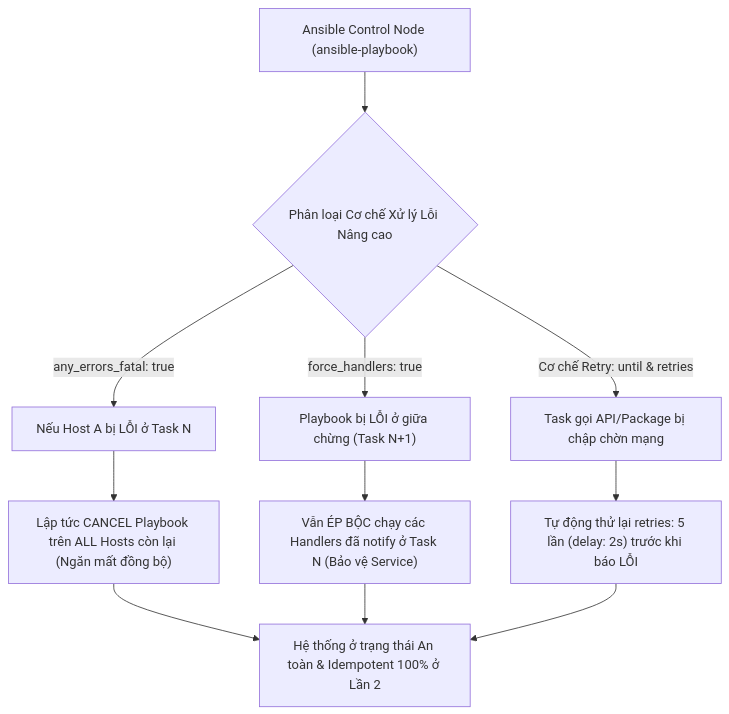
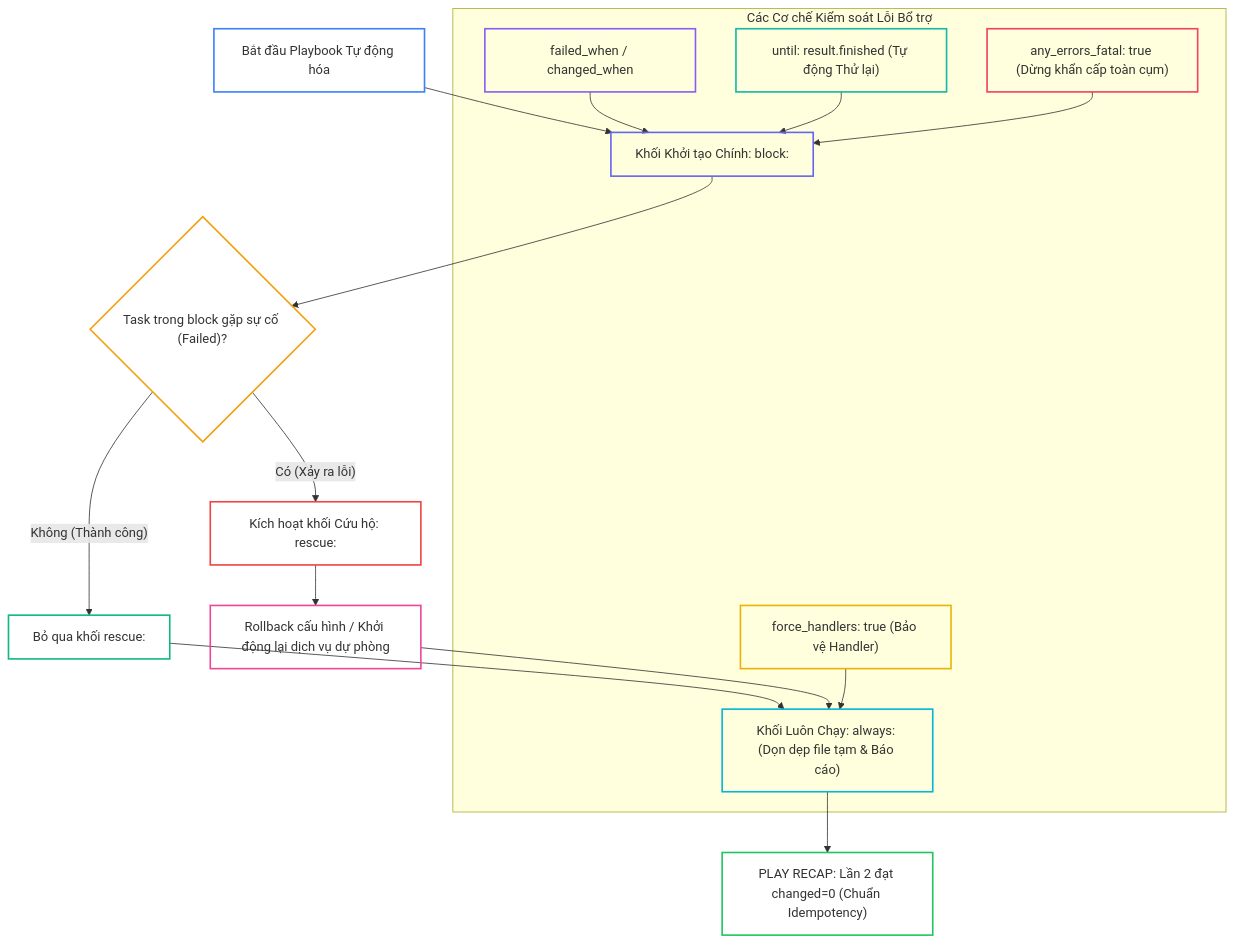
The first of 3 diagrams in _posts/2026-09-13-ansible-23-23-error-handling-nang-cao.md (kiennt308/ntk), drawn with Mermaid before and after one commit. The commit also changed other lines of this file and 30 other files, not shown here.

Commit message:
refactor(ansible): standardize all 31 posts to 7-section structure and clean QA cards

````diff
--- a/_posts/2026-09-13-ansible-23-23-error-handling-nang-cao.md
+++ b/_posts/2026-09-13-ansible-23-23-error-handling-nang-cao.md
@@ -82,17 +35,36 @@
 ```mermaid
 graph TD
-    A["Ansible Control Node (ansible-playbook)"] --> B{"Phân loại Cơ chế Xử lý Lỗi Nâng cao"}
+    A["Bắt đầu Playbook Tự động hóa"] --> B["Khối Khởi tạo Chính: block:"]
     
-    B -- "any_errors_fatal: true" --> C["Nếu Host A bị LỖI ở Task N"]
-    C --> D["Lập tức CANCEL Playbook trên ALL Hosts còn lại (Ngăn mất đồng bộ)"]
+    B --> C{"Task trong block gặp sự cố (Failed)?"}
     
-    B -- "force_handlers: true" --> E["Playbook bị LỖI ở giữa chừng (Task N+1)"]
-    E --> F["Vẫn ÉP BỘC chạy các Handlers đã notify ở Task N (Bảo vệ Service)"]
+    C -->|"Không (Thành công)"| D["Bỏ qua khối rescue:"]
+    C -->|"Có (Xảy ra lỗi)"| E["Kích hoạt khối Cứu hộ: rescue:"]
     
-    B -- "Cơ chế Retry: until & retries" --> G["Task gọi API/Package bị chập chờn mạng"]
-    G --> H["Tự động thử lại retries: 5 lần (delay: 2s) trước khi báo LỖI"]
+    E --> F["Rollback cấu hình / Khởi động lại dịch vụ dự phòng"]
     
-    D --> I["Hệ thống ở trạng thái An toàn & Idempotent 100% ở Lần 2"]
-    F --> I
-    H --> I
+    D --> G["Khối Luôn Chạy: always: (Dọn dẹp file tạm & Báo cáo)"]
+    F --> G
+    
+    subgraph "Các Cơ chế Kiểm soát Lỗi Bổ trợ"
+        H["failed_when / changed_when"] --> B
+        I["until: result.finished (Tự động Thử lại)"] --> B
+        J["any_errors_fatal: true (Dừng khẩn cấp toàn cụm)"] --> B
+        K["force_handlers: true (Bảo vệ Handler)"] --> G
+    end
+    
+    G --> L["PLAY RECAP: Lần 2 đạt changed=0 (Chuẩn Idempotency)"]
+
+    style A fill:none,stroke:#3b82f6,stroke-width:2px
+    style B fill:none,stroke:#6366f1,stroke-width:2px
+    style C fill:none,stroke:#f59e0b,stroke-width:2px
+    style D fill:none,stroke:#10b981,stroke-width:2px
+    style E fill:none,stroke:#ef4444,stroke-width:2px
+    style F fill:none,stroke:#ec4899,stroke-width:2px
+    style G fill:none,stroke:#06b6d4,stroke-width:2px
+    style H fill:none,stroke:#8b5cf6,stroke-width:2px
+    style I fill:none,stroke:#14b8a6,stroke-width:2px
+    style J fill:none,stroke:#f43f5e,stroke-width:2px
+    style K fill:none,stroke:#eab308,stroke-width:2px
+    style L fill:none,stroke:#22c55e,stroke-width:2px
 ```
````
